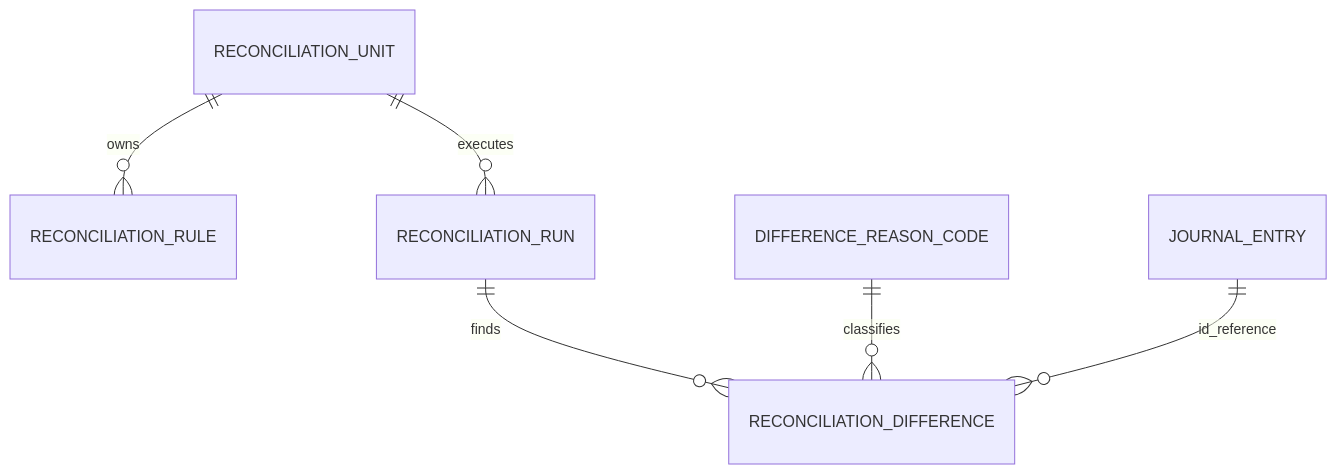
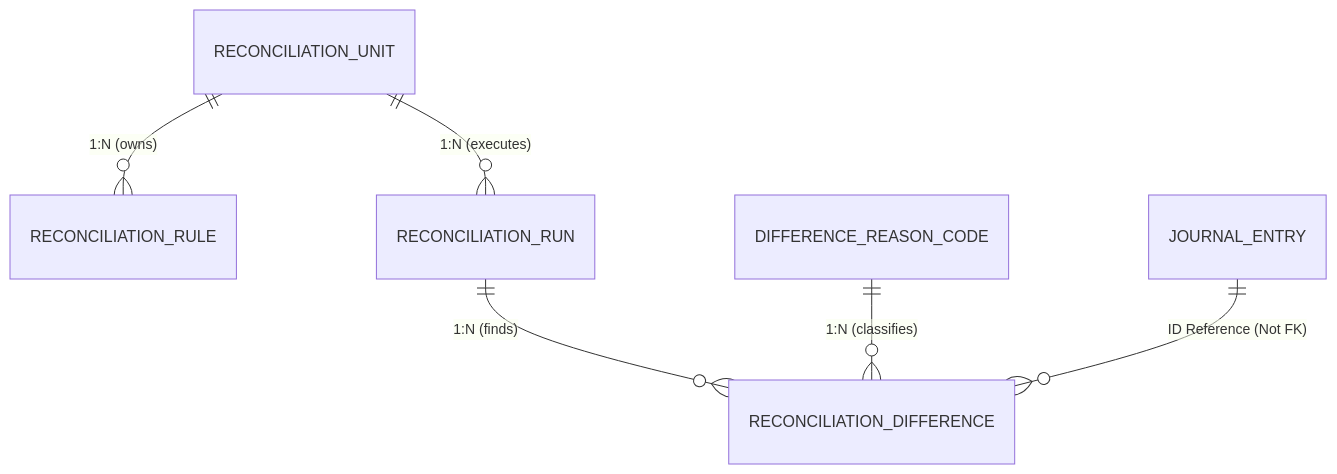
The diagram in reconciliation/docs/schema.md (skyg547/account), drawn with Mermaid before and after one commit. The commit also changed other lines of this file and 94 other files, not shown here.

````diff
--- a/reconciliation/docs/schema.md
+++ b/reconciliation/docs/schema.md
@@ -5,8 +7,8 @@
 ```mermaid
 erDiagram
-    RECONCILIATION_UNIT ||--o{ RECONCILIATION_RULE : owns
-    RECONCILIATION_UNIT ||--o{ RECONCILIATION_RUN : executes
-    RECONCILIATION_RUN ||--o{ RECONCILIATION_DIFFERENCE : finds
-    DIFFERENCE_REASON_CODE ||--o{ RECONCILIATION_DIFFERENCE : classifies
-    JOURNAL_ENTRY ||--o{ RECONCILIATION_DIFFERENCE : id_reference
+    RECONCILIATION_UNIT ||--o{ RECONCILIATION_RULE : "1:N (owns)"
+    RECONCILIATION_UNIT ||--o{ RECONCILIATION_RUN : "1:N (executes)"
+    RECONCILIATION_RUN ||--o{ RECONCILIATION_DIFFERENCE : "1:N (finds)"
+    DIFFERENCE_REASON_CODE ||--o{ RECONCILIATION_DIFFERENCE : "1:N (classifies)"
+    JOURNAL_ENTRY ||--o{ RECONCILIATION_DIFFERENCE : "ID Reference (Not FK)"
 ```
````
